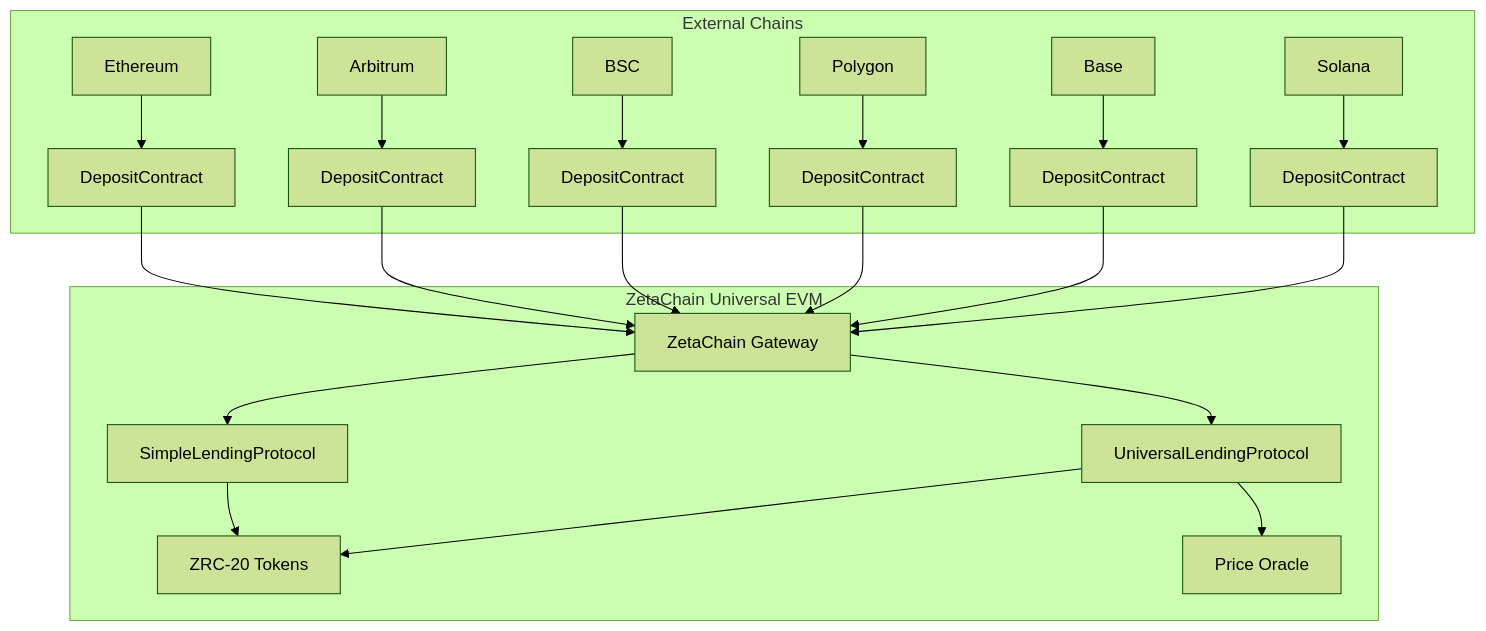
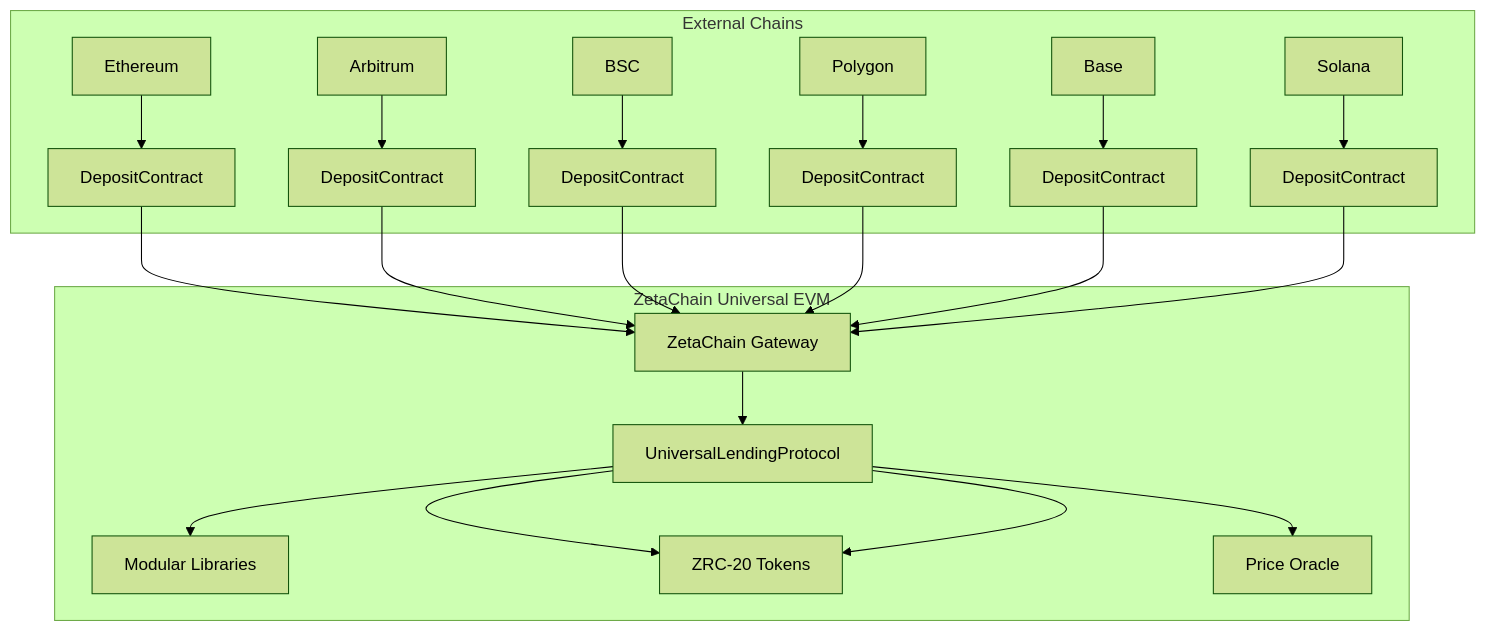
Before and after one commit to 0xnicholasy/zeta-hackathon: the first of 4 diagrams in lending-zeta/CROSS-CHAIN-LENDING.md, drawn with Mermaid (forest theme). The commit also changed 38 other files, not shown here.

First line of the commit message:
chore(cleanup): remove SimpleLendingProtocol and related scripts

````diff
--- a/lending-zeta/CROSS-CHAIN-LENDING.md
+++ b/lending-zeta/CROSS-CHAIN-LENDING.md
@@ -11,43 +11,43 @@
 ```mermaid
 graph TB
     subgraph "External Chains"
         EC1[Ethereum]
         EC2[Arbitrum]
         EC3[BSC]
         EC4[Polygon]
         EC5[Base]
         EC6[Solana]
         DC1[DepositContract]
         DC2[DepositContract]
         DC3[DepositContract]
         DC4[DepositContract]
         DC5[DepositContract]
         DC6[DepositContract]
     end
     
     subgraph "ZetaChain Universal EVM"
         GW[ZetaChain Gateway]
-        SLP[SimpleLendingProtocol]
         ULP[UniversalLendingProtocol]
+        LIB[Modular Libraries]
         ZRC[ZRC-20 Tokens]
         OR[Price Oracle]
     end
     
     EC1 --> DC1
     EC2 --> DC2
     EC3 --> DC3
     EC4 --> DC4
     EC5 --> DC5
     EC6 --> DC6
     DC1 --> GW
     DC2 --> GW
     DC3 --> GW
     DC4 --> GW
     DC5 --> GW
     DC6 --> GW
-    GW --> SLP
     GW --> ULP
-    SLP --> ZRC
+    ULP --> LIB
+    ULP --> ZRC
     ULP --> ZRC
     ULP --> OR
 ```
````
